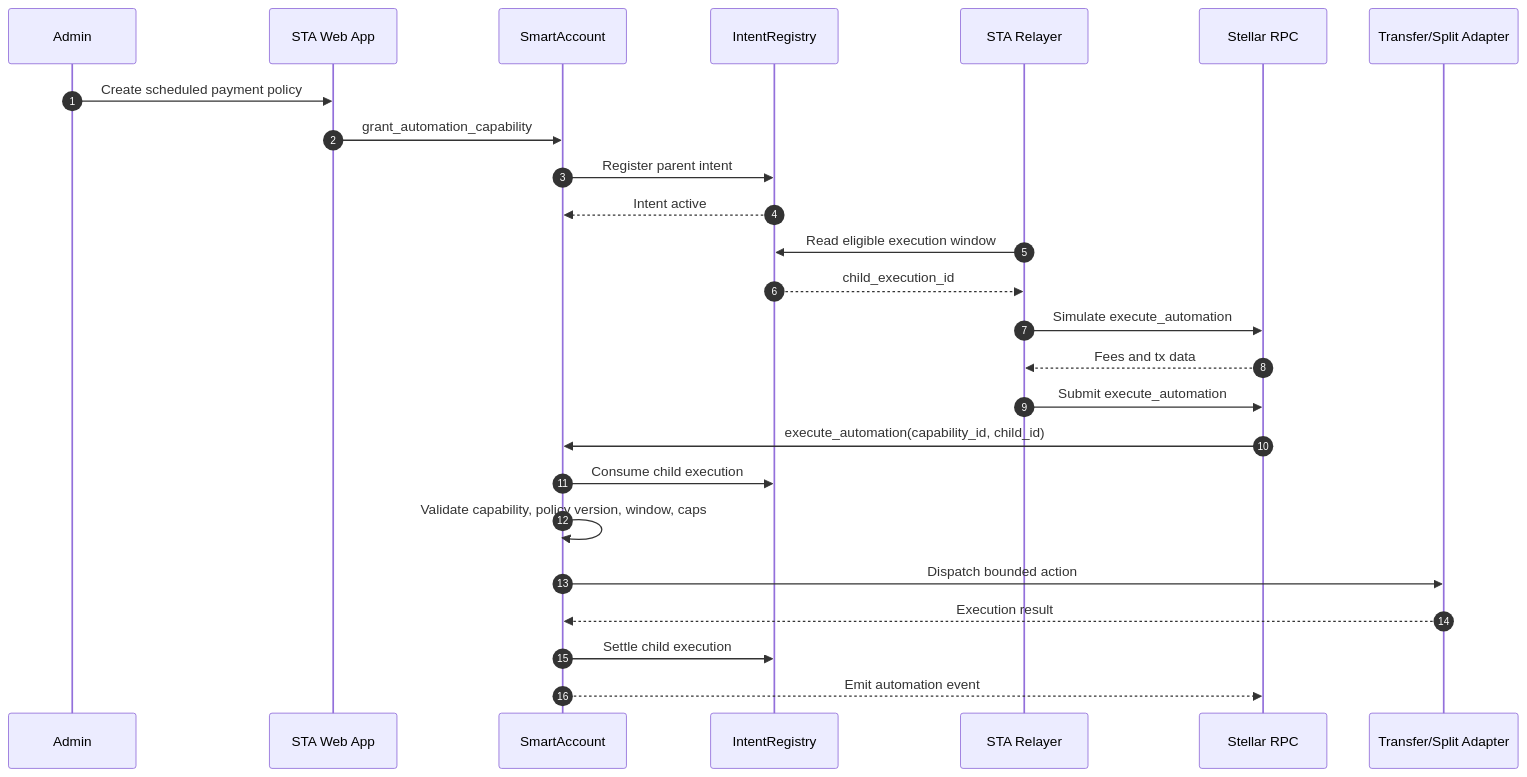
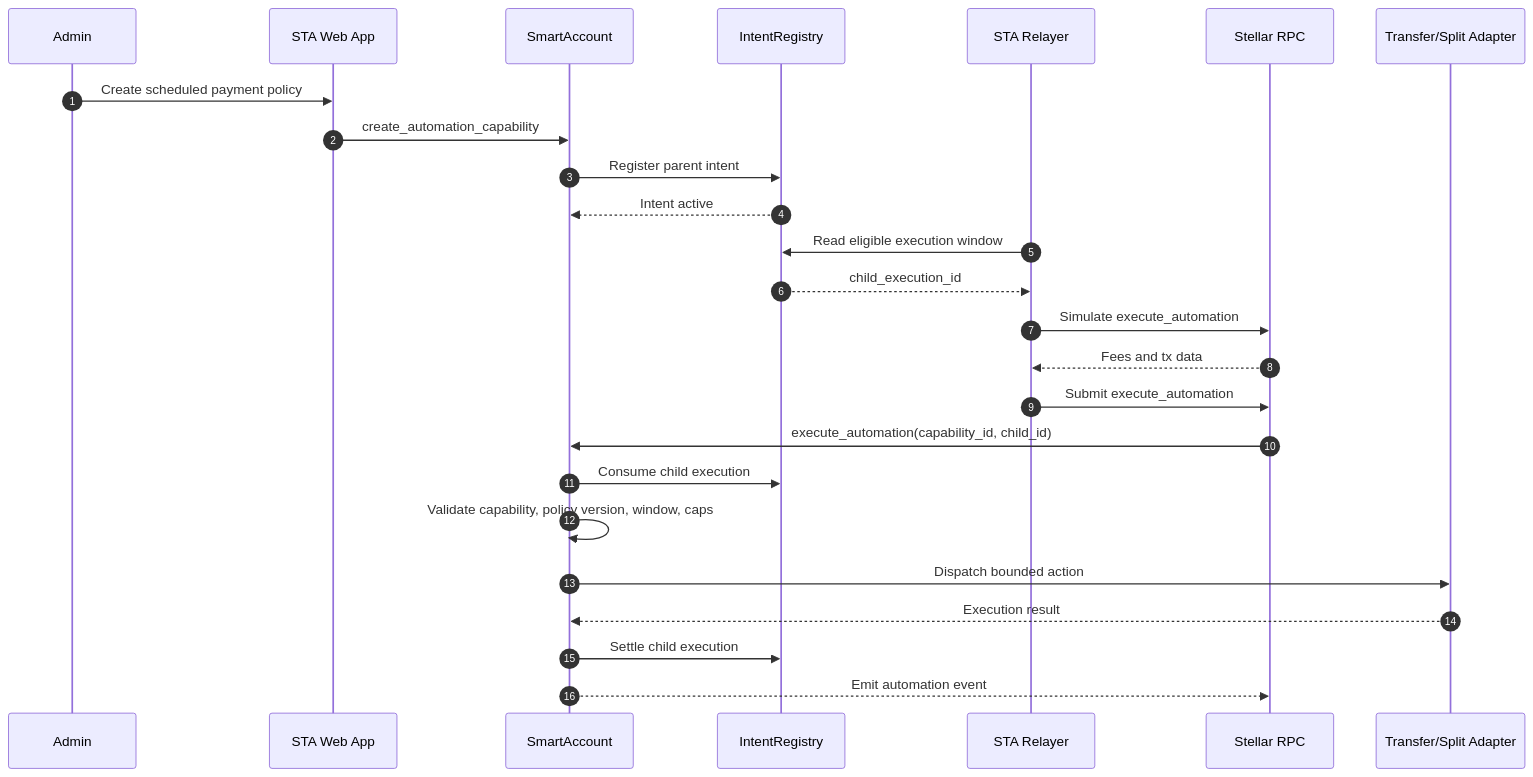
Before and after one commit to Frihat-dev/smart-wallet-stellar: the ninth of 12 diagrams in docs/TECHNICAL_ARCHITECTURE.md, drawn with Mermaid. The commit also changed other lines of this file, not shown here.

Commit message:
docs: refine technical architecture

````diff
--- a/docs/TECHNICAL_ARCHITECTURE.md
+++ b/docs/TECHNICAL_ARCHITECTURE.md
@@ -1160,28 +1162,28 @@
 ```mermaid
 sequenceDiagram
     autonumber
     participant Admin as Admin
     participant App as STA Web App
     participant SA as SmartAccount
     participant IR as IntentRegistry
     participant Relayer as STA Relayer
     participant RPC as Stellar RPC
     participant Adapter as Transfer/Split Adapter
 
     Admin->>App: Create scheduled payment policy
-    App->>SA: grant_automation_capability
+    App->>SA: create_automation_capability
     SA->>IR: Register parent intent
     IR-->>SA: Intent active
     Relayer->>IR: Read eligible execution window
     IR-->>Relayer: child_execution_id
     Relayer->>RPC: Simulate execute_automation
     RPC-->>Relayer: Fees and tx data
     Relayer->>RPC: Submit execute_automation
     RPC->>SA: execute_automation(capability_id, child_id)
     SA->>IR: Consume child execution
     SA->>SA: Validate capability, policy version, window, caps
     SA->>Adapter: Dispatch bounded action
     Adapter-->>SA: Execution result
     SA->>IR: Settle child execution
     SA-->>RPC: Emit automation event
 ```
````
